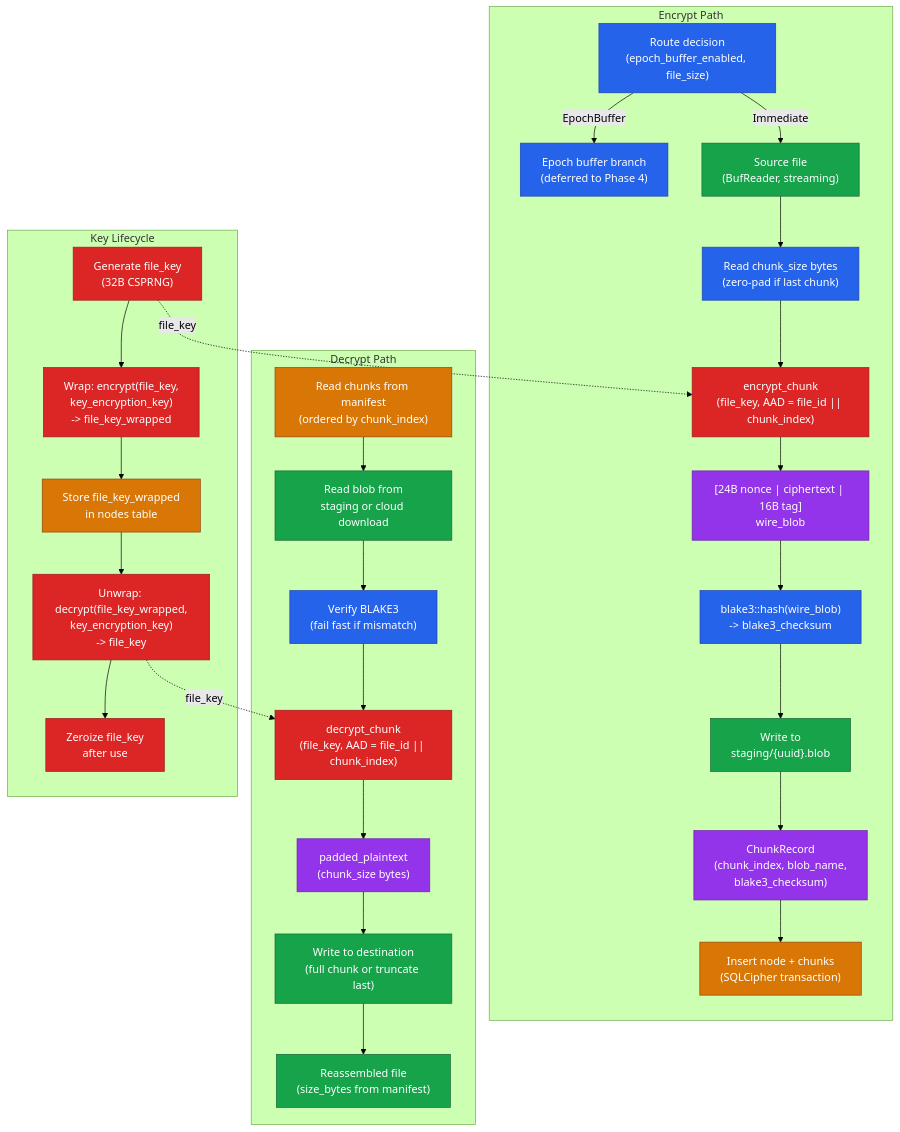
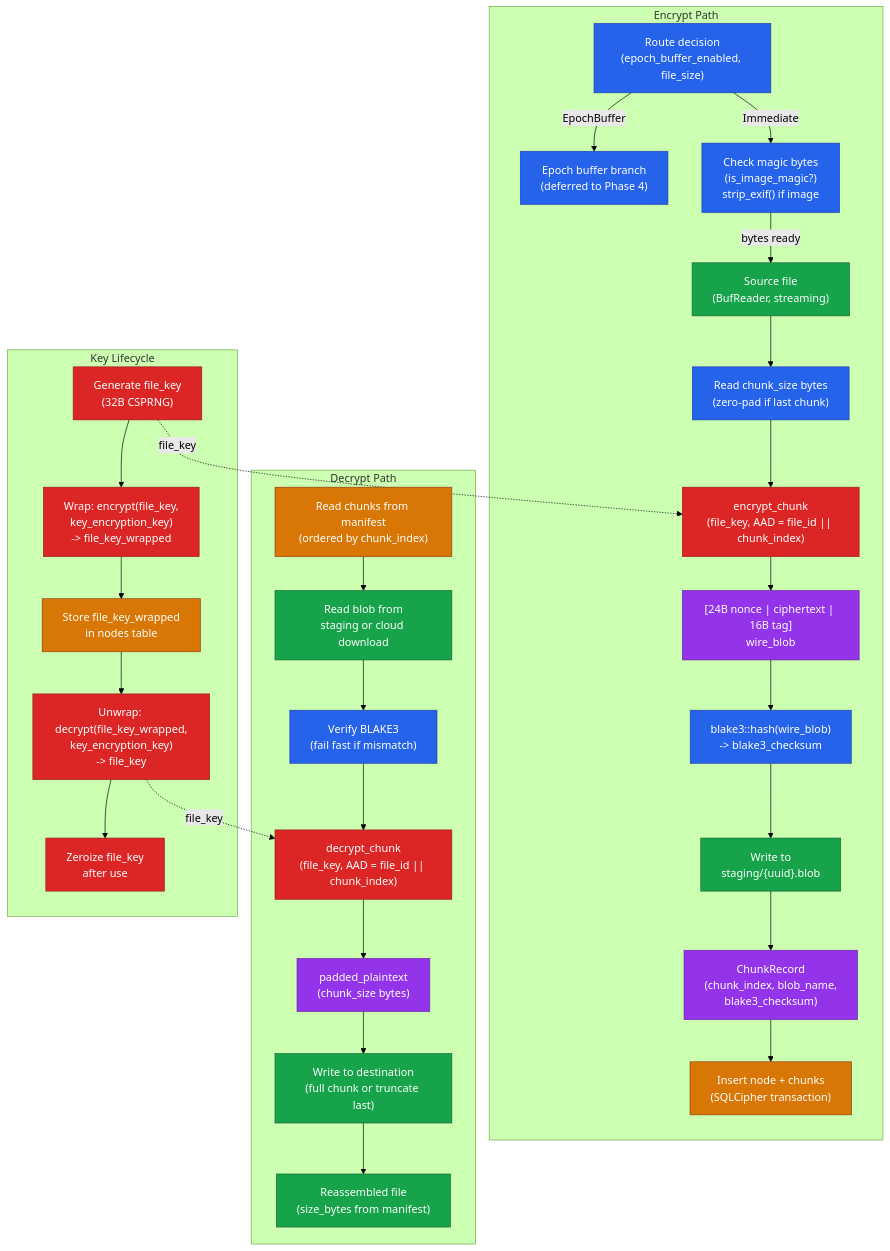
The diagram in docs/architecture/designs/chunking-and-manifest/diagrams/chunk-pipeline.md (salgaard/arx-runa), drawn with Mermaid (forest theme) before and after one commit. The commit also changed 22 other files, not shown here.

Commit message:
new github actions for secret scan and improve diagrams

````diff
--- a/docs/architecture/designs/chunking-and-manifest/diagrams/chunk-pipeline.md
+++ b/docs/architecture/designs/chunking-and-manifest/diagrams/chunk-pipeline.md
@@ -6,51 +6,53 @@
 ```mermaid
 flowchart TD
     subgraph ENCRYPT ["Encrypt Path"]
         E0["Route decision<br/>(epoch_buffer_enabled, file_size)"]:::proc
         E0B["Epoch buffer branch<br/>(deferred to Phase 4)"]:::proc
+        EXIF["Check magic bytes<br/>(is_image_magic?)<br/>strip_exif() if image"]:::proc
         E1["Source file<br/>(BufReader, streaming)"]:::io
         E2["Read chunk_size bytes<br/>(zero-pad if last chunk)"]:::proc
         E3["encrypt_chunk<br/>(file_key, AAD = file_id #124;#124; chunk_index)"]:::crypto
         E4["[24B nonce #124; ciphertext #124; 16B tag]<br/>wire_blob"]:::data
         E5["blake3::hash(wire_blob)<br/>-> blake3_checksum"]:::proc
         E6["Write to<br/>staging/{uuid}.blob"]:::io
         E7["ChunkRecord<br/>(chunk_index, blob_name,<br/>blake3_checksum)"]:::data
         E8["Insert node + chunks<br/>(SQLCipher transaction)"]:::db
     end
 
     subgraph DECRYPT ["Decrypt Path"]
         D1["Read chunks from manifest<br/>(ordered by chunk_index)"]:::db
         D2["Read blob from<br/>staging or cloud download"]:::io
         D3["Verify BLAKE3<br/>(fail fast if mismatch)"]:::proc
         D4["decrypt_chunk<br/>(file_key, AAD = file_id #124;#124; chunk_index)"]:::crypto
         D5["padded_plaintext<br/>(chunk_size bytes)"]:::data
         D6["Write to destination<br/>(full chunk or truncate last)"]:::io
         D7["Reassembled file<br/>(size_bytes from manifest)"]:::io
     end
 
     subgraph KEYS ["Key Lifecycle"]
         K1["Generate file_key<br/>(32B CSPRNG)"]:::crypto
         K2["Wrap: encrypt(file_key,<br/>key_encryption_key)<br/>-> file_key_wrapped"]:::crypto
         K3["Store file_key_wrapped<br/>in nodes table"]:::db
         K4["Unwrap: decrypt(file_key_wrapped,<br/>key_encryption_key)<br/>#45;#62; file_key"]:::crypto
         K5["Zeroize file_key<br/>after use"]:::crypto
     end
 
     K1 --> K2 --> K3
     K3 --> K4 --> K5
 
-    E0 -->|Immediate| E1
+    E0 -->|Immediate| EXIF
     E0 -->|EpochBuffer| E0B
+    EXIF -->|bytes ready| E1
     E1 --> E2 --> E3
     K1 -.->|file_key| E3
     E3 --> E4 --> E5 --> E6 --> E7 --> E8
 
     D1 --> D2 --> D3 --> D4 --> D5 --> D6 --> D7
     K4 -.->|file_key| D4
 
     classDef io fill:#16a34a,stroke:#166534,color:#fff
     classDef proc fill:#2563eb,stroke:#1e40af,color:#fff
     classDef crypto fill:#dc2626,stroke:#991b1b,color:#fff
     classDef data fill:#9333ea,stroke:#6b21a8,color:#fff
     classDef db fill:#d97706,stroke:#92400e,color:#fff
 ```
````
